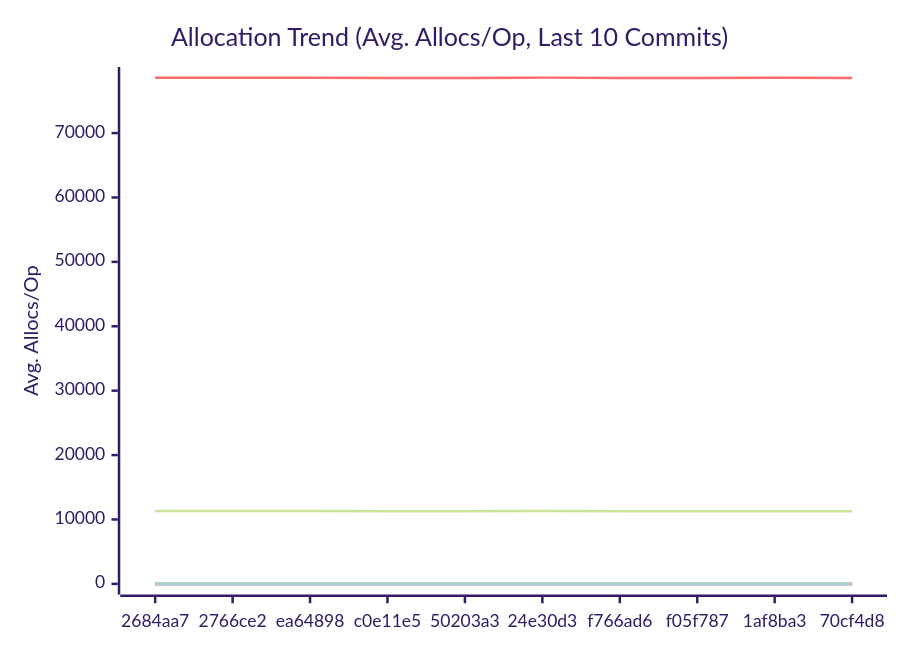
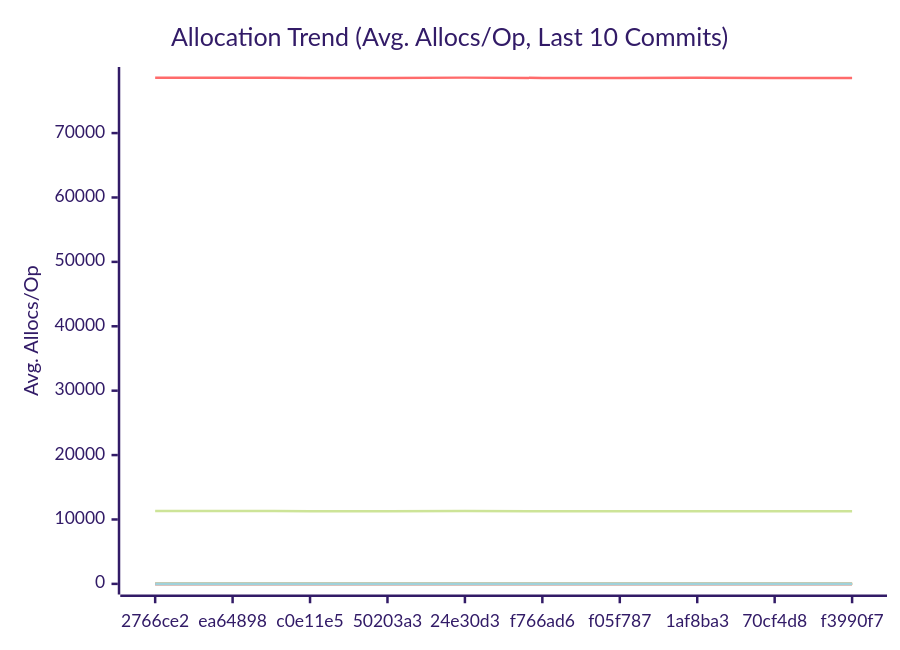
One commit to alsotoes/momo changed the third of 3 diagrams in docs/PERFORMANCE.md. Above: the diagram before and after it, drawn with Mermaid (forest theme). The commit also changed other lines of this file and 2 other files, not shown here.

````diff
--- a/docs/PERFORMANCE.md
+++ b/docs/PERFORMANCE.md
@@ -197,20 +197,20 @@
 ```mermaid
 xychart-beta
     title "Allocation Trend (Avg. Allocs/Op, Last 10 Commits)"
     x-axis "Commit"
     y-axis "Avg. Allocs/Op"
-    x-axis [2684aa7,2766ce2,ea64898,c0e11e5,50203a3,24e30d3,f766ad6,f05f787,1af8ba3,70cf4d8]
-    line "AWSChunkedReaderSigned" [11322,11314,11309,11288,11293,11324,11281,11276,11279,11278]
-    line "AWSChunkedReaderUnsigned" [78587,78599,78604,78570,78569,78612,78565,78564,78575,78573]
+    x-axis [2766ce2,ea64898,c0e11e5,50203a3,24e30d3,f766ad6,f05f787,1af8ba3,70cf4d8,f3990f7]
+    line "AWSChunkedReaderSigned" [11314,11309,11288,11293,11324,11281,11276,11279,11278,11279]
+    line "AWSChunkedReaderUnsigned" [78599,78604,78570,78569,78612,78565,78564,78575,78573,78567]
     line "CheckMetricsAndSwap" [0,0,0,0,0,0,0,0,0,0]
     line "CrushOptimized" [0,0,0,0,0,0,0,0,0,0]
     line "CrushOriginal" [3,3,3,3,3,3,3,3,3,3]
     line "IndexDirectTracking" [0,0,0,0,0,0,0,0,0,0]
     line "IndexSearch" [0,0,0,0,0,0,0,0,0,0]
     line "LoadGlobalConfig" [54,54,54,54,54,54,54,54,54,54]
     line "PadString" [1,1,1,1,1,1,1,1,1,1]
     line "ParseReplicationOrder_NoPrealloc" [6,6,6,6,6,5,5,5,5,5]
     line "ParseReplicationOrder_Prealloc" [2,2,2,2,2,1,1,1,1,1]
     line "SanitizeLog/Safe" [0,0,0,0,0,0,0,0,0,0]
     line "SanitizeLog/Unsafe" [1,1,1,1,1,1,1,1,1,1]
 ```
````
